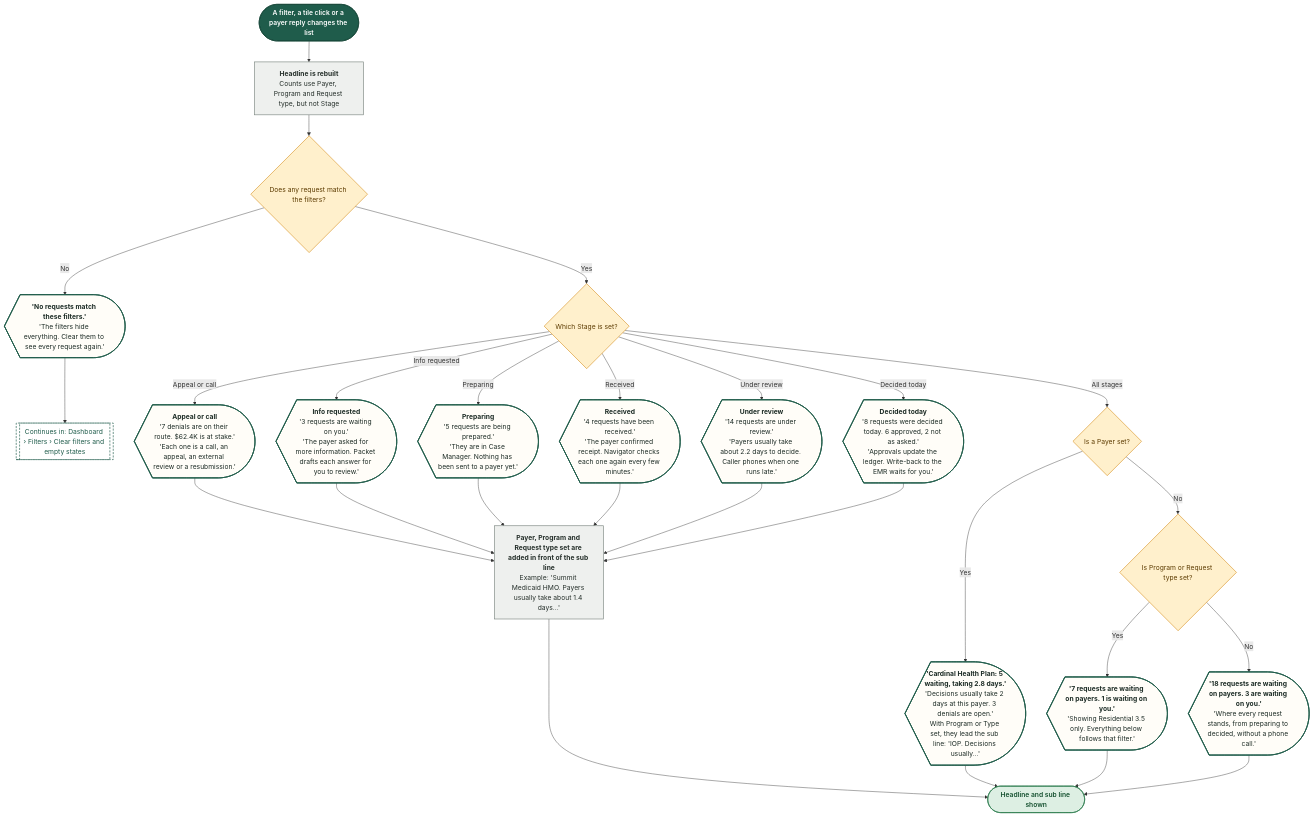
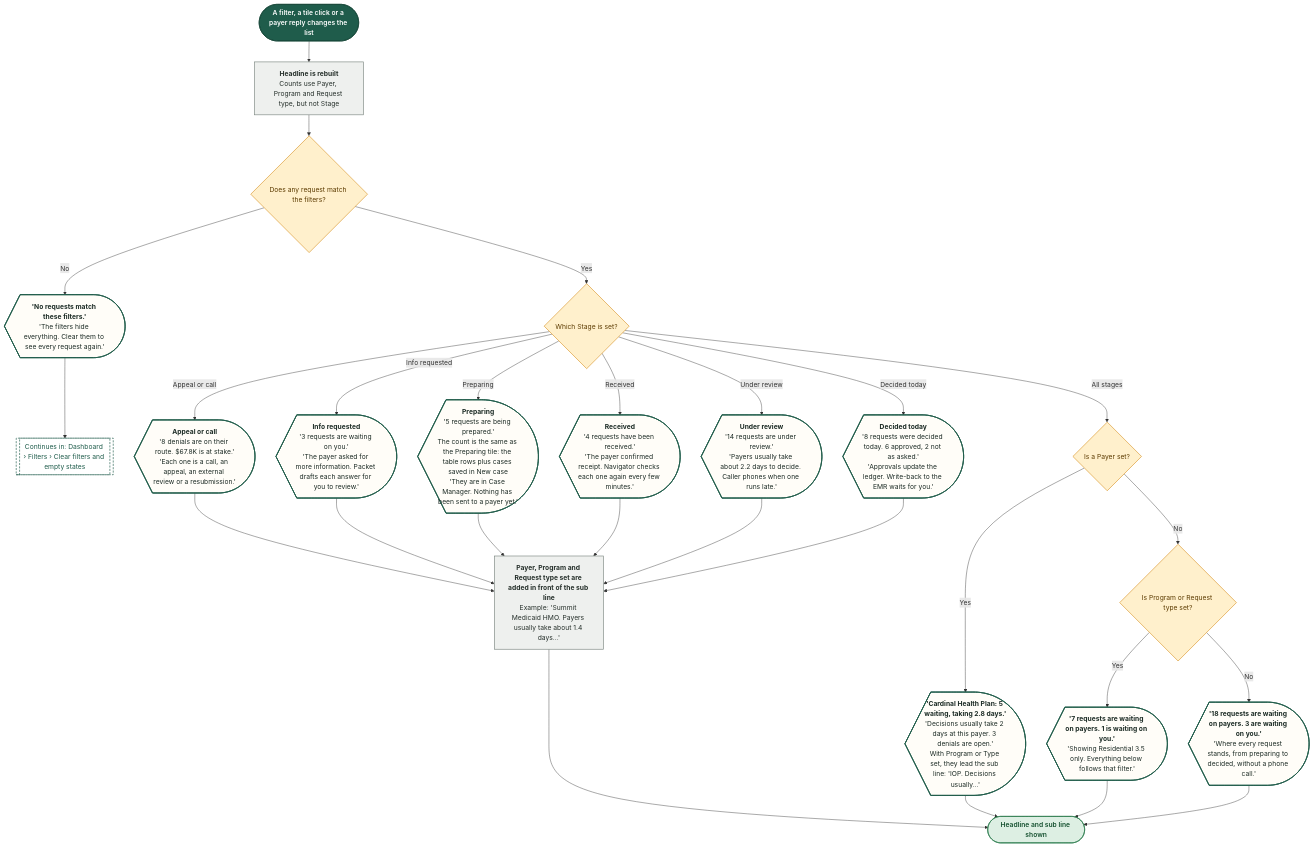
Before and after one commit to Shrav143/psyfloapp: the diagram in demos/prior-auth-demo/workflows/out/mmd/02-dashboard/11-headline-and-sub-line.mmd, drawn with Mermaid. The commit also changed 195 other files, not shown here.

First line of the commit message:
docs: Rebuild workflow diagrams after the demo fixes (220 diagrams)

```diff
--- a/demos/prior-auth-demo/workflows/out/mmd/02-dashboard/11-headline-and-sub-line.mmd
+++ b/demos/prior-auth-demo/workflows/out/mmd/02-dashboard/11-headline-and-sub-line.mmd
@@ -1,58 +1,58 @@
 %%{init: {"theme":"base","themeVariables":{"fontFamily":"'DM Sans', 'Segoe UI', system-ui, sans-serif","fontSize":"15px","lineColor":"#5B6B63","primaryTextColor":"#1C2B25","clusterBkg":"#FBF8F3","clusterBorder":"#D9CDBB","edgeLabelBackground":"#FFFFFF"},"flowchart":{"curve":"basis","nodeSpacing":36,"rankSpacing":48,"padding":12,"htmlLabels":true,"useMaxWidth":false,"wrappingWidth":230}} }%%
 flowchart TD
   classDef k_start fill:#1F5C4B,stroke:#174638,color:#FFFFFF,stroke-width:1.5px,font-weight:600
   classDef k_end fill:#DDEFE3,stroke:#2E7D4F,color:#14502F,stroke-width:1.5px,font-weight:600
   classDef k_endx fill:#FBE3E0,stroke:#C0392B,color:#7A1F16,stroke-width:1.5px,font-weight:600
   classDef k_screen fill:#FFFDF8,stroke:#1F5C4B,color:#1C2B25,stroke-width:2px
   classDef k_overlay fill:#F1F7F3,stroke:#1F5C4B,color:#1C2B25,stroke-width:2px,stroke-dasharray:5 3
   classDef k_click fill:#DCEBFA,stroke:#2F6DB5,color:#12365F,stroke-width:1.5px
   classDef k_input fill:#E4E7FF,stroke:#4C5FD5,color:#1D2670,stroke-width:1.5px
   classDef k_process fill:#EEF0EE,stroke:#7A857F,color:#26302B,stroke-width:1.5px
   classDef k_agent fill:#EEE5FA,stroke:#7A4FC2,color:#341A63,stroke-width:1.5px
   classDef k_decision fill:#FFF0CC,stroke:#D9962B,color:#5C3B00,stroke-width:1.5px
   classDef k_store fill:#D5F0EA,stroke:#1C8E7B,color:#0B4A3F,stroke-width:1.5px
   classDef k_doc fill:#F6E9DC,stroke:#B07A4C,color:#4A2E14,stroke-width:1.5px
   classDef k_ext fill:#FFE6D2,stroke:#E07B39,color:#6B2F06,stroke-width:1.5px
   classDef k_wait fill:#E4E8EE,stroke:#6B7C93,color:#26303D,stroke-width:1.5px
   classDef k_toast fill:#FFF9DB,stroke:#C9A400,color:#5A4A00,stroke-width:1.5px
   classDef k_goto fill:#FFFFFF,stroke:#1F5C4B,color:#1F5C4B,stroke-width:1.5px,stroke-dasharray:5 3
   s1@{ shape: stadium, label: "A filter, a tile click or a payer reply changes the list" }
   p1@{ shape: rect, label: "<b>Headline is rebuilt</b><br/>Counts use Payer, Program and Request type, but not Stage" }
   d1@{ shape: diam, label: "Does any request match the filters?" }
   n0@{ shape: curv-trap, label: "<b>'No requests match these filters.'</b><br/>'The filters hide everything. Clear them to see every request again.'" }
   g1@{ shape: subproc, label: "Continues in: Dashboard › Filters › Clear filters and empty states" }
   d2@{ shape: diam, label: "Which Stage is set?" }
-  a1@{ shape: curv-trap, label: "<b>Appeal or call</b><br/>'7 denials are on their route. $62.4K is at stake.'<br/>'Each one is a call, an appeal, an external review or a resubmission.'" }
+  a1@{ shape: curv-trap, label: "<b>Appeal or call</b><br/>'8 denials are on their route. $67.8K is at stake.'<br/>'Each one is a call, an appeal, an external review or a resubmission.'" }
   a2@{ shape: curv-trap, label: "<b>Info requested</b><br/>'3 requests are waiting on you.'<br/>'The payer asked for more information. Packet drafts each answer for you to review.'" }
-  a3@{ shape: curv-trap, label: "<b>Preparing</b><br/>'5 requests are being prepared.'<br/>'They are in Case Manager. Nothing has been sent to a payer yet.'" }
+  a3@{ shape: curv-trap, label: "<b>Preparing</b><br/>'5 requests are being prepared.'<br/>The count is the same as the Preparing tile: the table rows plus cases saved in New case<br/>'They are in Case Manager. Nothing has been sent to a payer yet.'" }
   a4@{ shape: curv-trap, label: "<b>Received</b><br/>'4 requests have been received.'<br/>'The payer confirmed receipt. Navigator checks each one again every few minutes.'" }
   a5@{ shape: curv-trap, label: "<b>Under review</b><br/>'14 requests are under review.'<br/>'Payers usually take about 2.2 days to decide. Caller phones when one runs late.'" }
   a6@{ shape: curv-trap, label: "<b>Decided today</b><br/>'8 requests were decided today. 6 approved, 2 not as asked.'<br/>'Approvals update the ledger. Write-back to the EMR waits for you.'" }
   d3@{ shape: diam, label: "Is a Payer set?" }
   b1@{ shape: curv-trap, label: "<b>'Cardinal Health Plan: 5 waiting, taking 2.8 days.'</b><br/>'Decisions usually take 2 days at this payer. 3 denials are open.'<br/>With Program or Type set, they lead the sub line: 'IOP. Decisions usually...'" }
   d4@{ shape: diam, label: "Is Program or Request type set?" }
   c1@{ shape: curv-trap, label: "<b>'7 requests are waiting on payers. 1 is waiting on you.'</b><br/>'Showing Residential 3.5 only. Everything below follows that filter.'" }
   c2@{ shape: curv-trap, label: "<b>'18 requests are waiting on payers. 3 are waiting on you.'</b><br/>'Where every request stands, from preparing to decided, without a phone call.'" }
   p2@{ shape: rect, label: "<b>Payer, Program and Request type set are added in front of the sub line</b><br/>Example: 'Summit Medicaid HMO. Payers usually take about 1.4 days...'" }
   e1@{ shape: stadium, label: "Headline and sub line shown" }
   s1 --> p1 --> d1
   d1 -->|"No"| n0 --> g1
   d1 -->|"Yes"| d2
   d2 -->|"Appeal or call"| a1
   d2 -->|"Info requested"| a2
   d2 -->|"Preparing"| a3
   d2 -->|"Received"| a4
   d2 -->|"Under review"| a5
   d2 -->|"Decided today"| a6
   d2 -->|"All stages"| d3
   a1 & a2 & a3 & a4 & a5 & a6 --> p2 --> e1
   d3 -->|"Yes"| b1 --> e1
   d3 -->|"No"| d4
   d4 -->|"Yes"| c1 --> e1
   d4 -->|"No"| c2 --> e1
   class s1 k_start
   class p1,p2 k_process
   class d1,d2,d3,d4 k_decision
   class n0,a1,a2,a3,a4,a5,a6,b1,c1,c2 k_screen
   class g1 k_goto
   class e1 k_end
```
